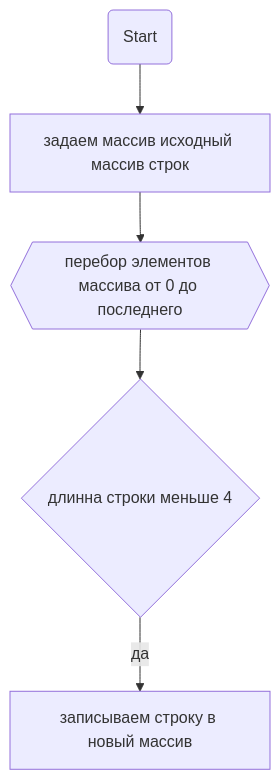
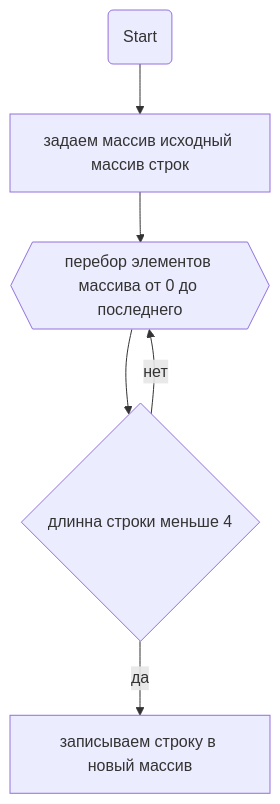
Before and after one commit to Adalberto777/FinalTestWork: the diagram in README.md, drawn with Mermaid.

Commit message:
block diagram

````diff
--- a/README.md
+++ b/README.md
@@ -14,7 +14,8 @@
 ```mermaid
   graph TB;       
-    node1(Start)  --> node2[задаем массив исходный массив строк];
+    node1(Start)  --> node2[задаем исходный массив строк];
     node2[задаем массив исходный массив строк] --> node3{{перебор элементов массива от 0 до последнего}};
     node3{{перебор элементов массива от 0 до последнего}} --> node4{длинна строки меньше 4};
     node4{длинна строки меньше 4} -- да --> node5[записываем строку в новый массив];
+    node4{длинна строки меньше 4} -- нет --> node3{{перебор элементов массива от 0 до последнего}}
 ```
````
